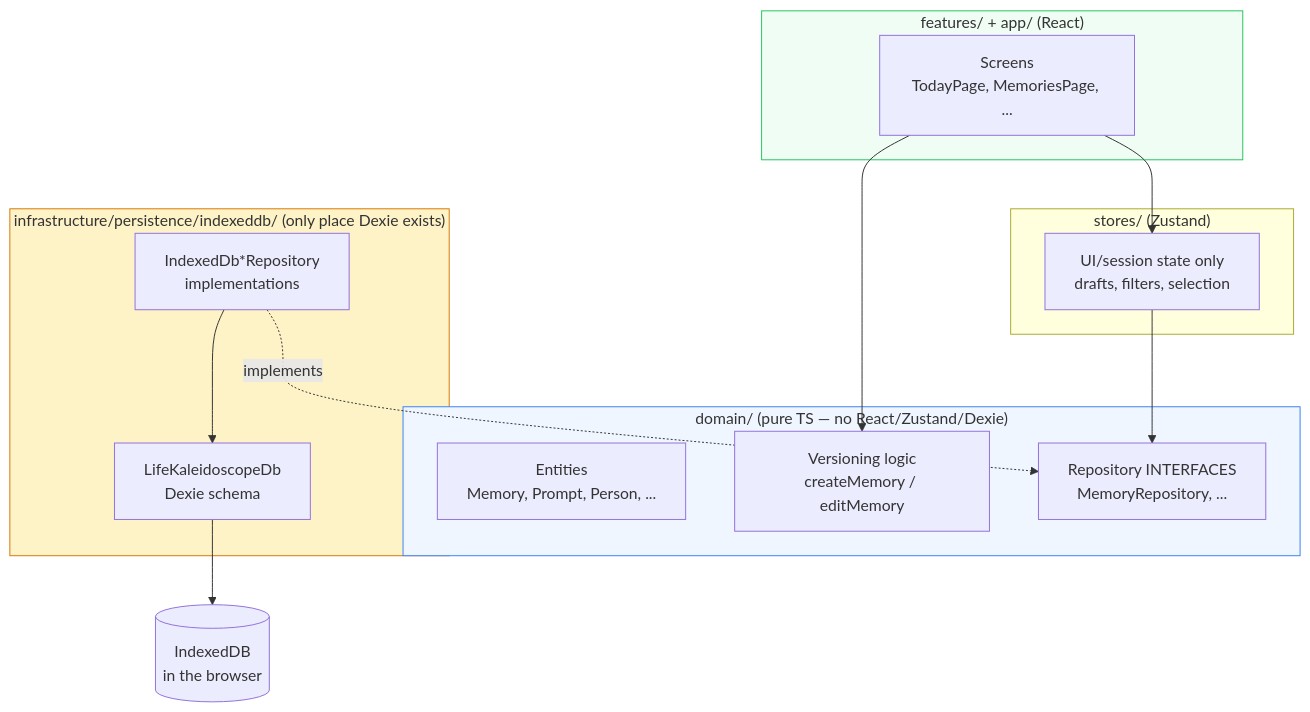
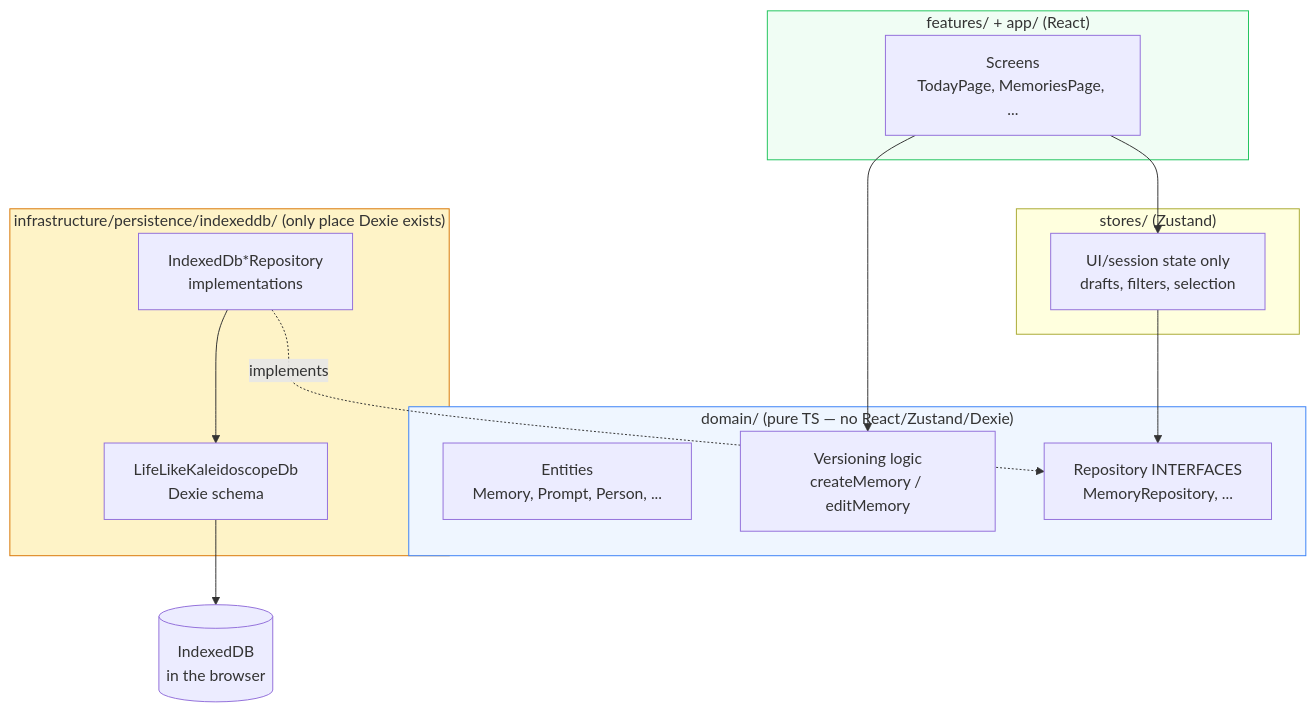
The first of 3 diagrams in docs/ARCHITECTURE.md (ZhannaM85/life-kaleidoscope), drawn with Mermaid before and after one commit. The commit also changed other lines of this file and 19 other files, not shown here.

First line of the commit message:
chore: rename project to Life Like Kaleidoscope

````diff
--- a/docs/ARCHITECTURE.md
+++ b/docs/ARCHITECTURE.md
@@ -15,29 +15,29 @@
 ```mermaid
 flowchart TD
     subgraph UI ["features/ + app/  (React)"]
         A["Screens<br/>TodayPage, MemoriesPage, ..."]
     end
     subgraph State ["stores/  (Zustand)"]
         B["UI/session state only<br/>drafts, filters, selection"]
     end
     subgraph Domain ["domain/  (pure TS — no React/Zustand/Dexie)"]
         C["Entities<br/>Memory, Prompt, Person, ..."]
         D["Versioning logic<br/>createMemory / editMemory"]
         E["Repository INTERFACES<br/>MemoryRepository, ..."]
     end
     subgraph Infra ["infrastructure/persistence/indexeddb/  (only place Dexie exists)"]
-        F["LifeKaleidoscopeDb<br/>Dexie schema"]
+        F["LifeLikeKaleidoscopeDb<br/>Dexie schema"]
         G["IndexedDb*Repository<br/>implementations"]
     end
 
     A --> B
     B --> E
     A --> D
     G -. implements .-> E
     G --> F
     F --> H[("IndexedDB<br/>in the browser")]
 
     style Domain fill:#eff6ff,stroke:#3b82f6
     style Infra fill:#fef3c7,stroke:#d97706
     style UI fill:#f0fdf4,stroke:#22c55e
 ```
````
